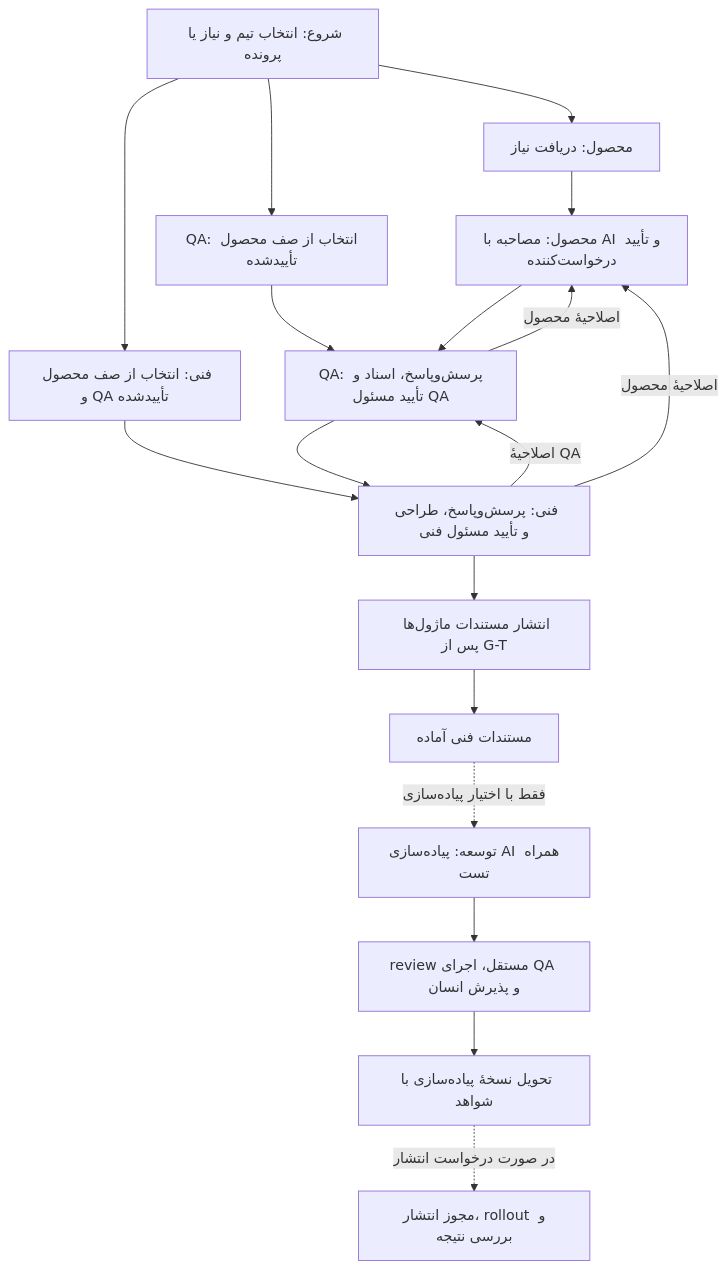
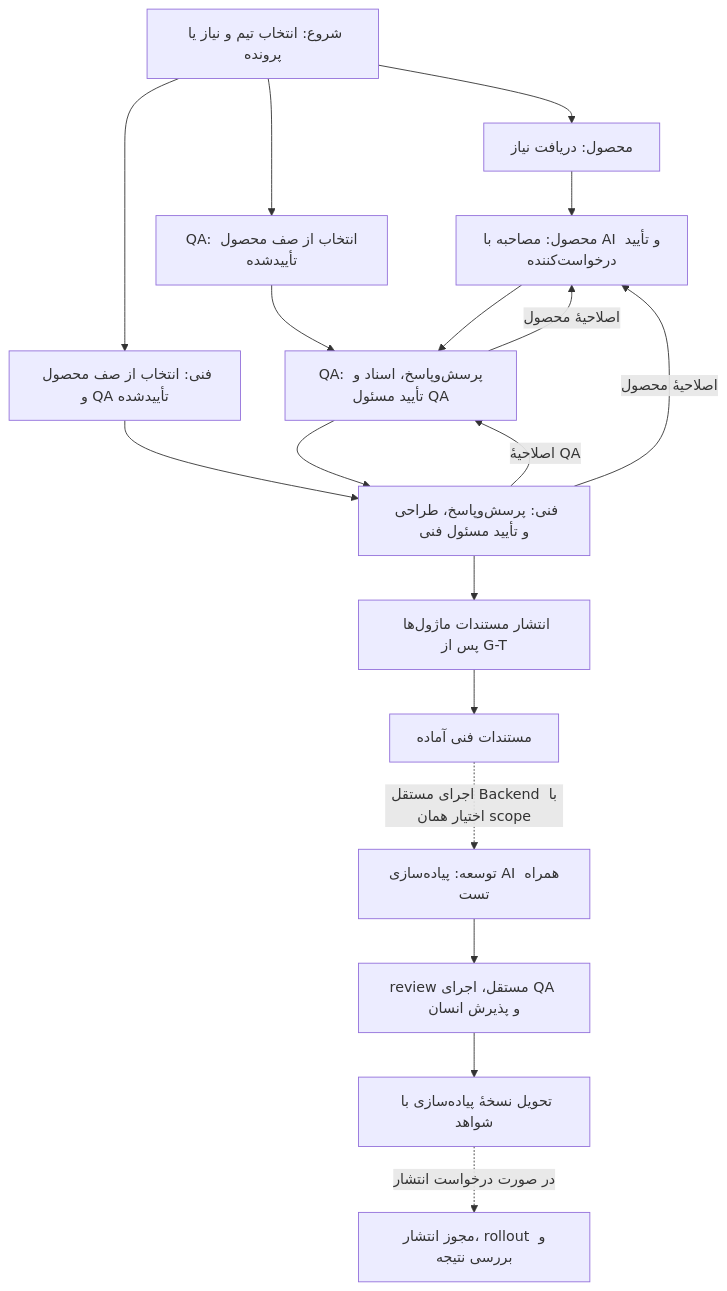
The diagram in README.md (oveysrostami/product-workflow), drawn with Mermaid before and after one commit. The commit also changed other lines of this file and 51 other files, not shown here.

````diff
--- a/README.md
+++ b/README.md
@@ -24,20 +26,20 @@
 ```mermaid
 flowchart TD
     S["شروع: انتخاب تیم و نیاز یا پرونده"] --> I["محصول: دریافت نیاز"]
     S --> QS["QA: انتخاب از صف محصول تأییدشده"]
     S --> TS["فنی: انتخاب از صف محصول و QA تأییدشده"]
     I --> P["محصول: مصاحبه با AI و تأیید درخواست‌کننده"]
     QS --> Q
     TS --> T
     P --> Q["QA: پرسش‌وپاسخ، اسناد و تأیید مسئول QA"]
     Q --> T["فنی: پرسش‌وپاسخ، طراحی و تأیید مسئول فنی"]
     T --> M["انتشار مستندات ماژول‌ها پس از G-T"]
     M --> HDoc["مستندات فنی آماده"]
-    HDoc -. "فقط با اختیار پیاده‌سازی" .-> D["توسعه: پیاده‌سازی AI همراه تست"]
+    HDoc -. "اجرای مستقل Backend با اختیار همان scope" .-> D["توسعه: پیاده‌سازی AI همراه تست"]
     Q -->|"اصلاحیهٔ محصول"| P
     T -->|"اصلاحیهٔ QA"| Q
     T -->|"اصلاحیهٔ محصول"| P
     D --> V["review مستقل، اجرای QA و پذیرش انسان"]
     V --> H["تحویل نسخهٔ پیاده‌سازی با شواهد"]
     H -. "در صورت درخواست انتشار" .-> R["مجوز انتشار، rollout و بررسی نتیجه"]
 ```
````
